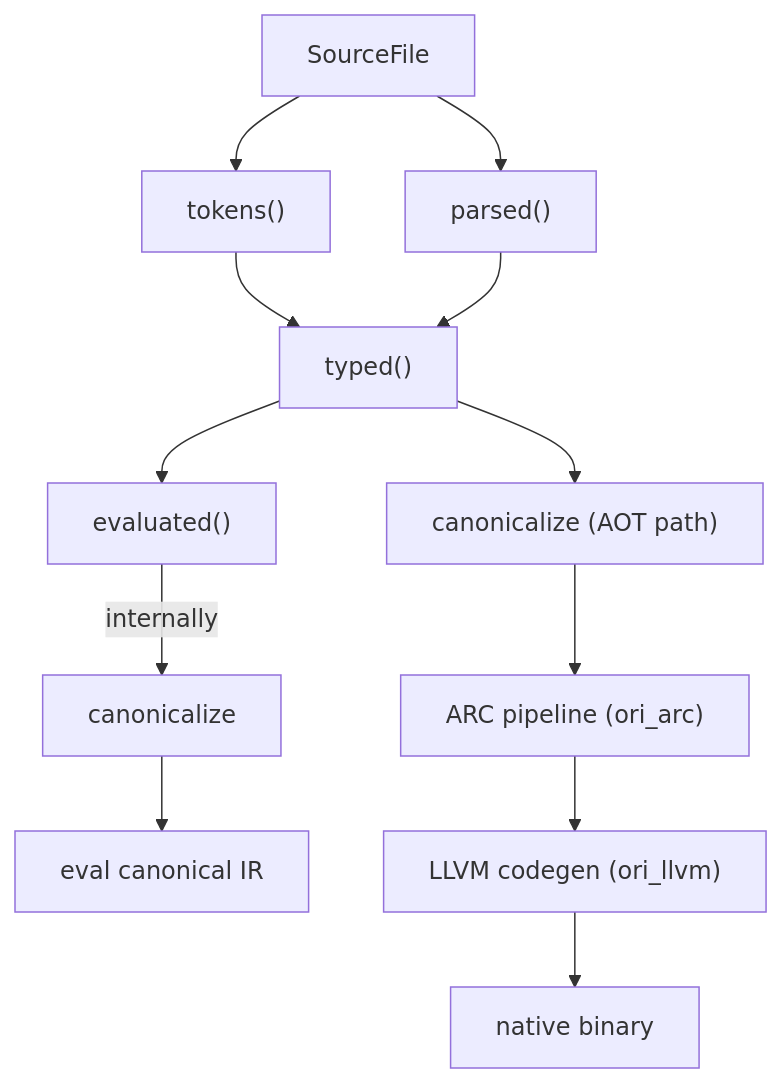
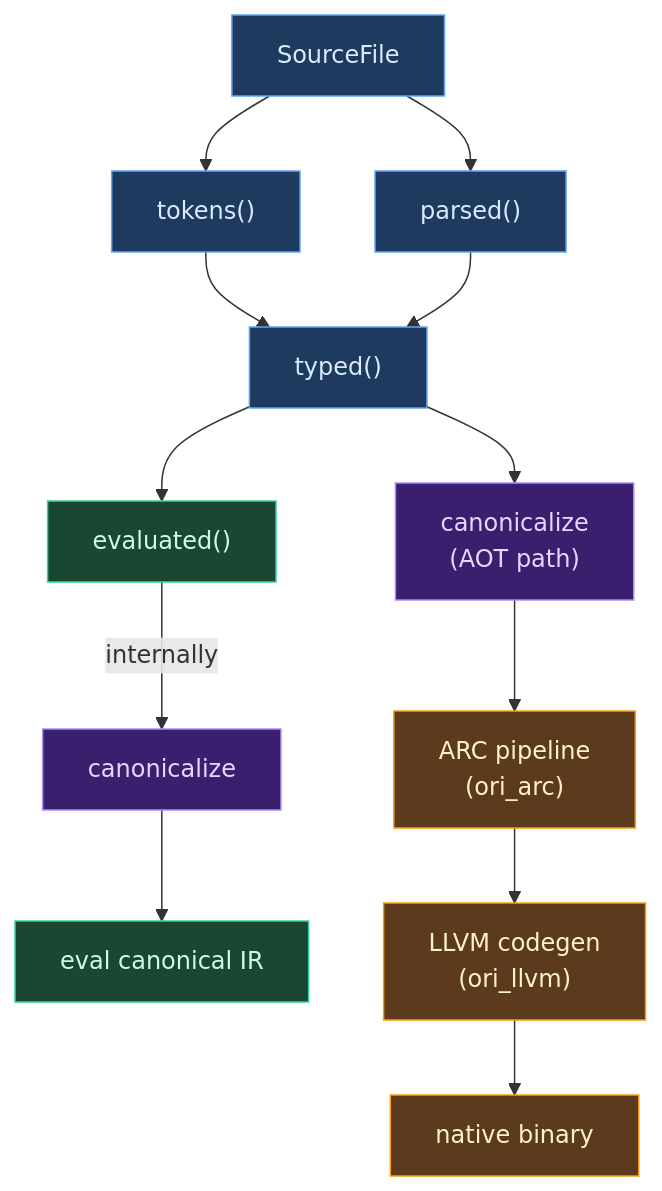
Before and after one commit to upstat-io/ori-lang: the diagram in docs/compiler/design/01-architecture/pipeline.md, drawn with Mermaid. The commit also changed other lines of this file and 152 other files, not shown here.

````diff
--- a/docs/compiler/design/01-architecture/pipeline.md
+++ b/docs/compiler/design/01-architecture/pipeline.md
@@ -188,14 +237,27 @@
 ```mermaid
 flowchart TB
     A["SourceFile"] --> B["tokens()"]
     A --> C["parsed()"]
     B --> D["typed()"]
     C --> D
     D --> E["evaluated()"]
     E -->|"internally"| F["canonicalize"]
     F --> G["eval canonical IR"]
-    D --> H["canonicalize (AOT path)"]
-    H --> I["ARC pipeline (ori_arc)"]
-    I --> J["LLVM codegen (ori_llvm)"]
+    D --> H["canonicalize
+    (AOT path)"]
+    H --> I["ARC pipeline
+    (ori_arc)"]
+    I --> J["LLVM codegen
+    (ori_llvm)"]
     J --> K["native binary"]
+
+    classDef frontend fill:#1e3a5f,stroke:#60a5fa,color:#dbeafe
+    classDef canon fill:#3b1f6e,stroke:#a78bfa,color:#e9d5ff
+    classDef interpreter fill:#1a4731,stroke:#34d399,color:#d1fae5
+    classDef native fill:#5c3a1e,stroke:#f59e0b,color:#fef3c7
+
+    class A,B,C,D frontend
+    class F,H canon
+    class E,G interpreter
+    class I,J,K native
 ```
````
